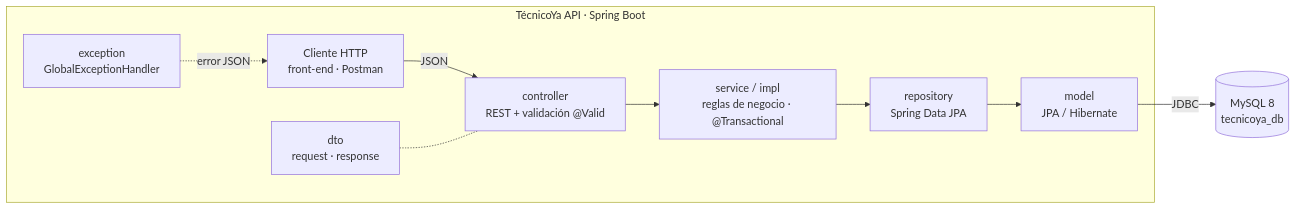
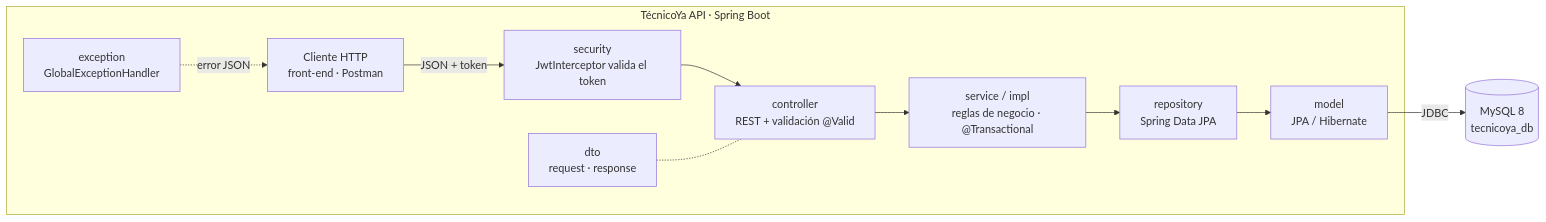
One commit to nando0304/tecnicoya-api changed the first of 3 diagrams in docs/descripcion-sistema.md. Above: the diagram before and after it, drawn with Mermaid. The commit also changed other lines of this file and 17 other files, not shown here.

````diff
--- a/docs/descripcion-sistema.md
+++ b/docs/descripcion-sistema.md
@@ -34,12 +34,13 @@
 ```mermaid
 flowchart LR
-    C["Cliente HTTP<br/>front-end · Postman"] -->|JSON| CT
+    C["Cliente HTTP<br/>front-end · Postman"] -->|"JSON + token"| JW
     subgraph API ["TécnicoYa API · Spring Boot"]
+        JW["security<br/>JwtInterceptor valida el token"] --> CT
         CT["controller<br/>REST + validación @Valid"] --> SV["service / impl<br/>reglas de negocio · @Transactional"]
         SV --> RP["repository<br/>Spring Data JPA"]
         RP --> EN["model<br/>JPA / Hibernate"]
         DTO["dto<br/>request · response"] -.- CT
         EX["exception<br/>GlobalExceptionHandler"] -.->|"error JSON"| C
     end
     EN -->|JDBC| DB[("MySQL 8<br/>tecnicoya_db")]
 ```
````
